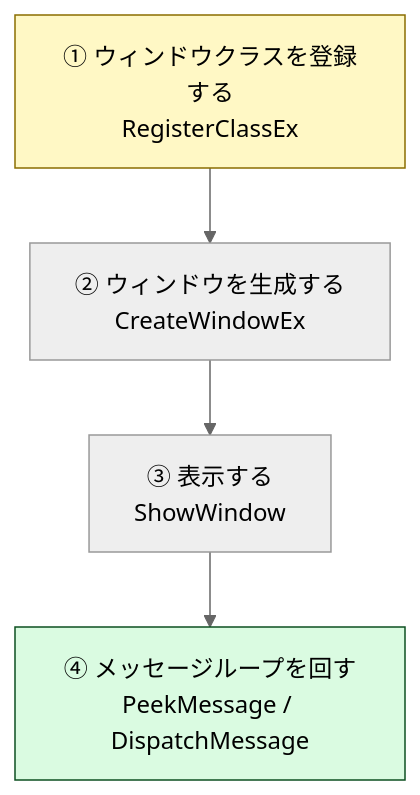
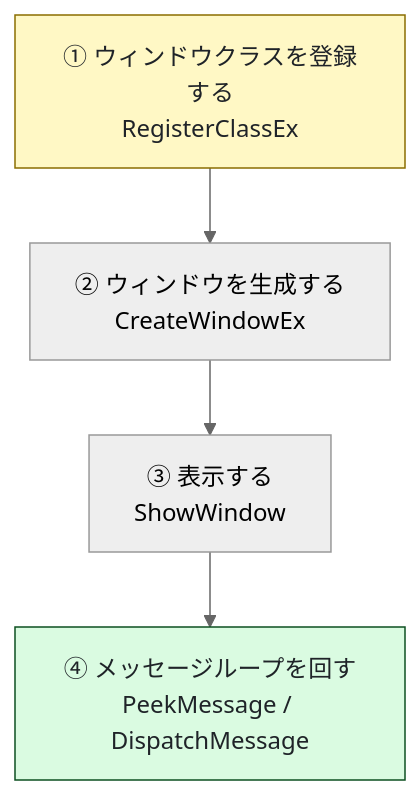
Before and after one commit to Tomonorarari-Think/DirectX12Dev: the first of 3 diagrams in docs/tutorial/02_ウィンドウを作る.md, drawn with Mermaid (neutral theme). The commit also changed other lines of this file and 28 other files, not shown here.

First line of the commit message:
fix: 図の文字が暗色モードで読めなくなる問題を直す

````diff
--- a/docs/tutorial/02_ウィンドウを作る.md
+++ b/docs/tutorial/02_ウィンドウを作る.md
@@ -15,9 +15,9 @@
 ```mermaid
 flowchart TD
     A["① ウィンドウクラスを登録する<br/>RegisterClassEx"] --> B["② ウィンドウを生成する<br/>CreateWindowEx"]
     B --> C["③ 表示する<br/>ShowWindow"]
     C --> D["④ メッセージループを回す<br/>PeekMessage / DispatchMessage"]
 
-    style A fill:#fff8c5,stroke:#8a6d00
-    style D fill:#dafbe1,stroke:#0d4f21
+    style A fill:#fff8c5,stroke:#8a6d00,color:#1f2328
+    style D fill:#dafbe1,stroke:#0d4f21,color:#1f2328
 ```
````
